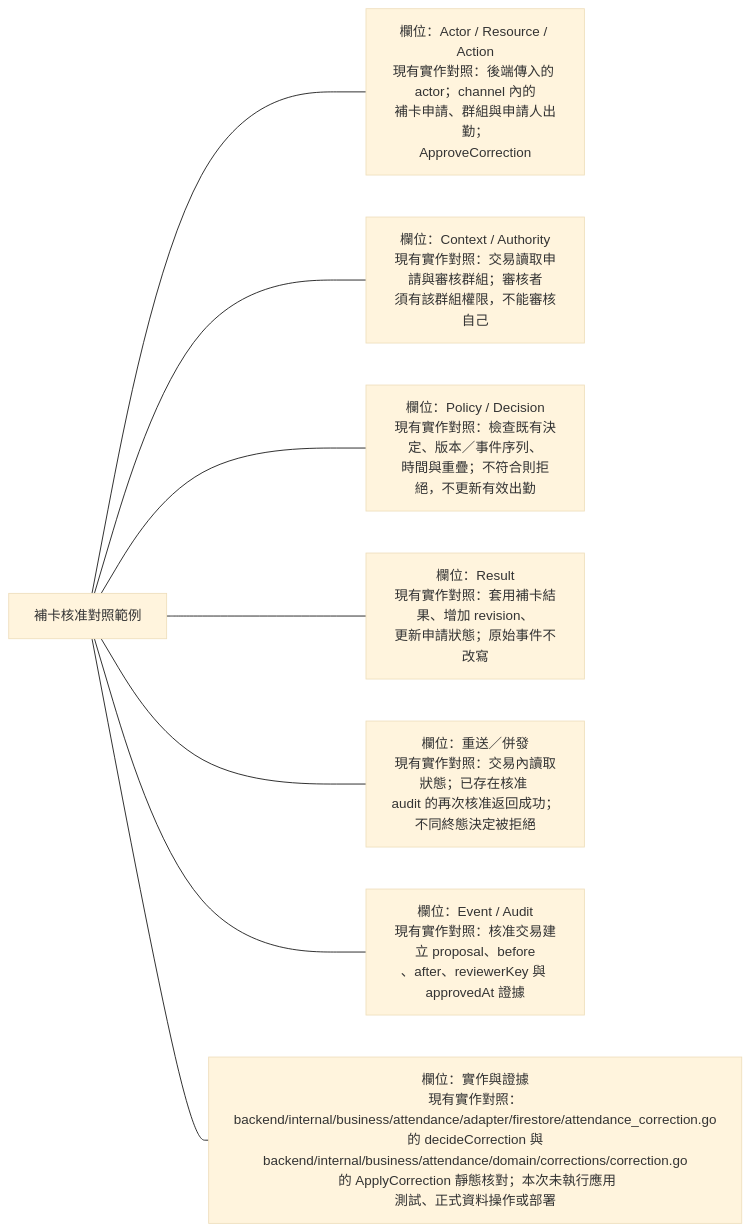
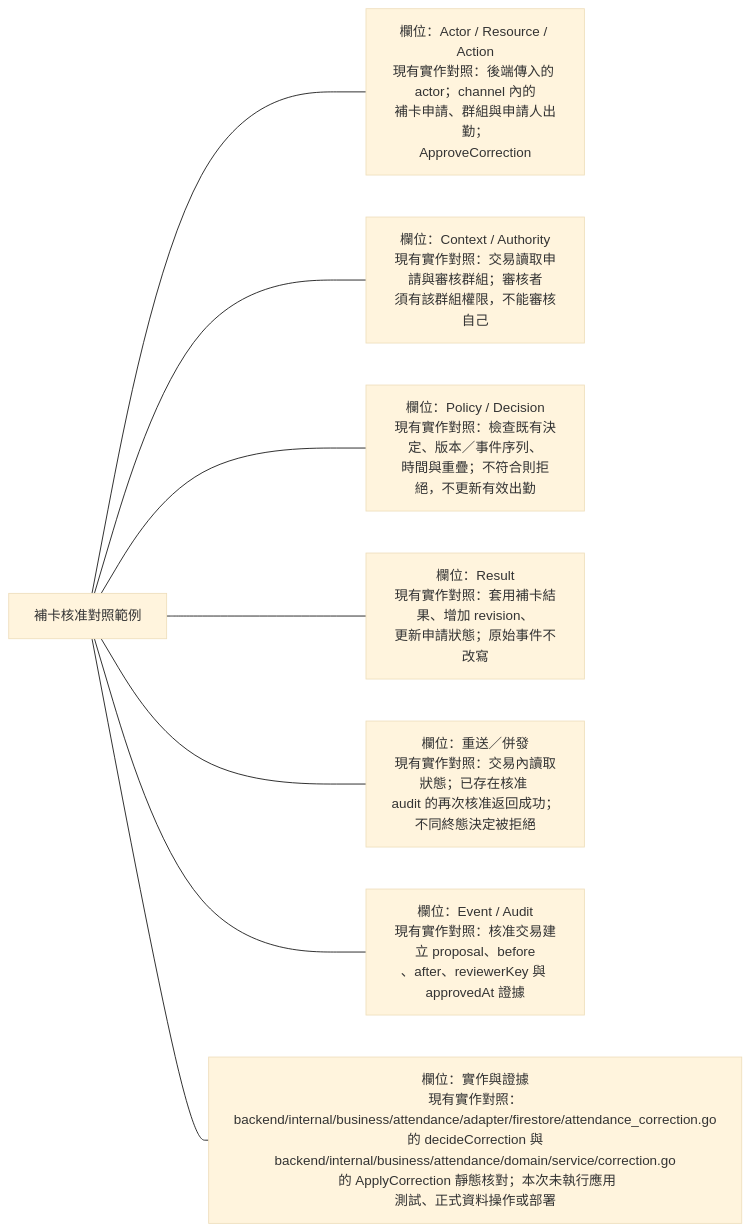
Diagram 12 of 14 in docs/architecture/contracts/business-operations.md (963sup/line-mini-app-bot), drawn with Mermaid (base theme) before and after one commit. The commit also changed 114 other files, not shown here.

Commit message:
refactor(attendance): organize domain and application responsibilities

````diff
--- a/docs/architecture/contracts/business-operations.md
+++ b/docs/architecture/contracts/business-operations.md
@@ -115,11 +115,11 @@
 ```mermaid
 flowchart LR
   h["補卡核准對照範例"]
   h --- n0["欄位：Actor / Resource / Action<br/>現有實作對照：後端傳入的 actor；channel 內的<br/>補卡申請、群組與申請人出勤；<br/>ApproveCorrection"]
   h --- n1["欄位：Context / Authority<br/>現有實作對照：交易讀取申請與審核群組；審核者<br/>須有該群組權限，不能審核自己"]
   h --- n2["欄位：Policy / Decision<br/>現有實作對照：檢查既有決定、版本／事件序列、<br/>時間與重疊；不符合則拒絕，不更新有效出勤"]
   h --- n3["欄位：Result<br/>現有實作對照：套用補卡結果、增加 revision、<br/>更新申請狀態；原始事件不改寫"]
   h --- n4["欄位：重送／併發<br/>現有實作對照：交易內讀取狀態；已存在核准 <br/>audit 的再次核准返回成功；不同終態決定被拒絕"]
   h --- n5["欄位：Event / Audit<br/>現有實作對照：核准交易建立 proposal、before<br/>、after、reviewerKey 與 approvedAt 證據"]
-  h --- n6["欄位：實作與證據<br/>現有實作對照：<br/>backend/internal/business/attendance/adapter/firestore/attendance_correction.go<br/> 的 decideCorrection 與 <br/>backend/internal/business/attendance/domain/corrections/correction.go<br/> 的 ApplyCorrection 靜態核對；本次未執行應用<br/>測試、正式資料操作或部署"]
+  h --- n6["欄位：實作與證據<br/>現有實作對照：<br/>backend/internal/business/attendance/adapter/firestore/attendance_correction.go<br/> 的 decideCorrection 與 <br/>backend/internal/business/attendance/domain/service/correction.go<br/> 的 ApplyCorrection 靜態核對；本次未執行應用<br/>測試、正式資料操作或部署"]
 ```
````
